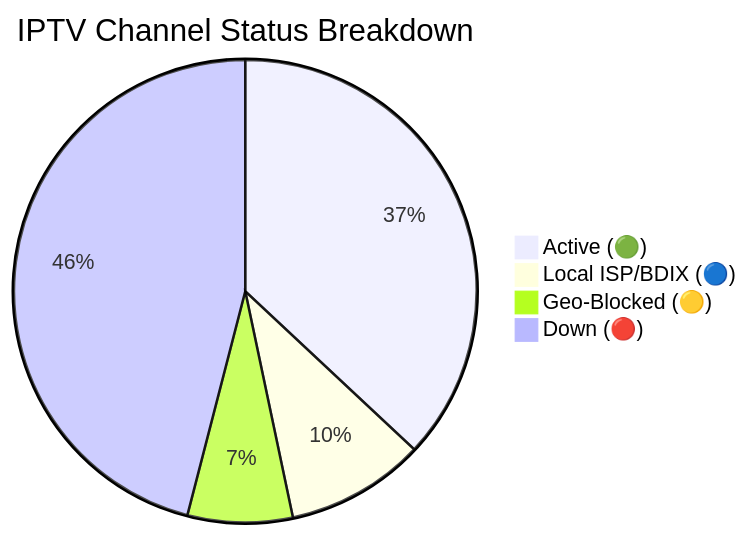
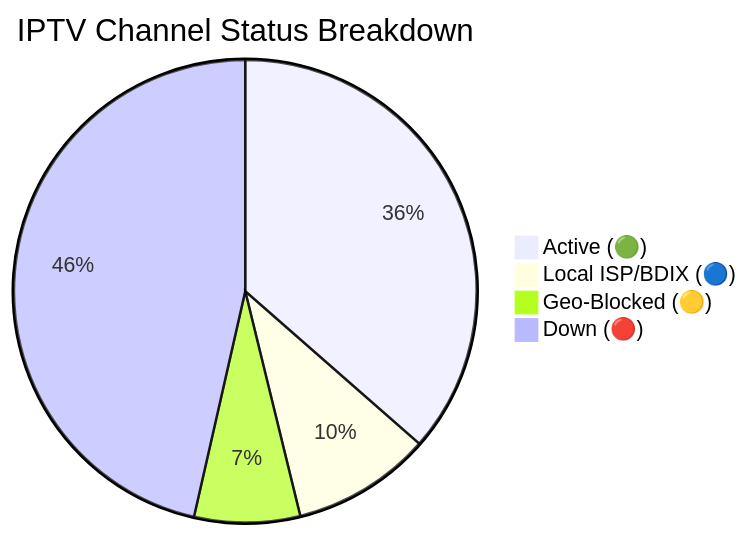
The diagram in README.md (andreataylord/Ip-tv-Collection), drawn with Mermaid before and after one commit. The commit also changed other lines of this file and 1 other file, not shown here.

Commit message:
docs(readme): auto-update daily channel status chart

````diff
--- a/README.md
+++ b/README.md
@@ -59,7 +59,7 @@
 ```mermaid
 pie title IPTV Channel Status Breakdown
-    "Active (🟢)" : 2924
+    "Active (🟢)" : 2883
     "Local ISP/BDIX (🔵)" : 769
-    "Geo-Blocked (🟡)" : 580
-    "Down (🔴)" : 3636
+    "Geo-Blocked (🟡)" : 584
+    "Down (🔴)" : 3673
 ```
````
